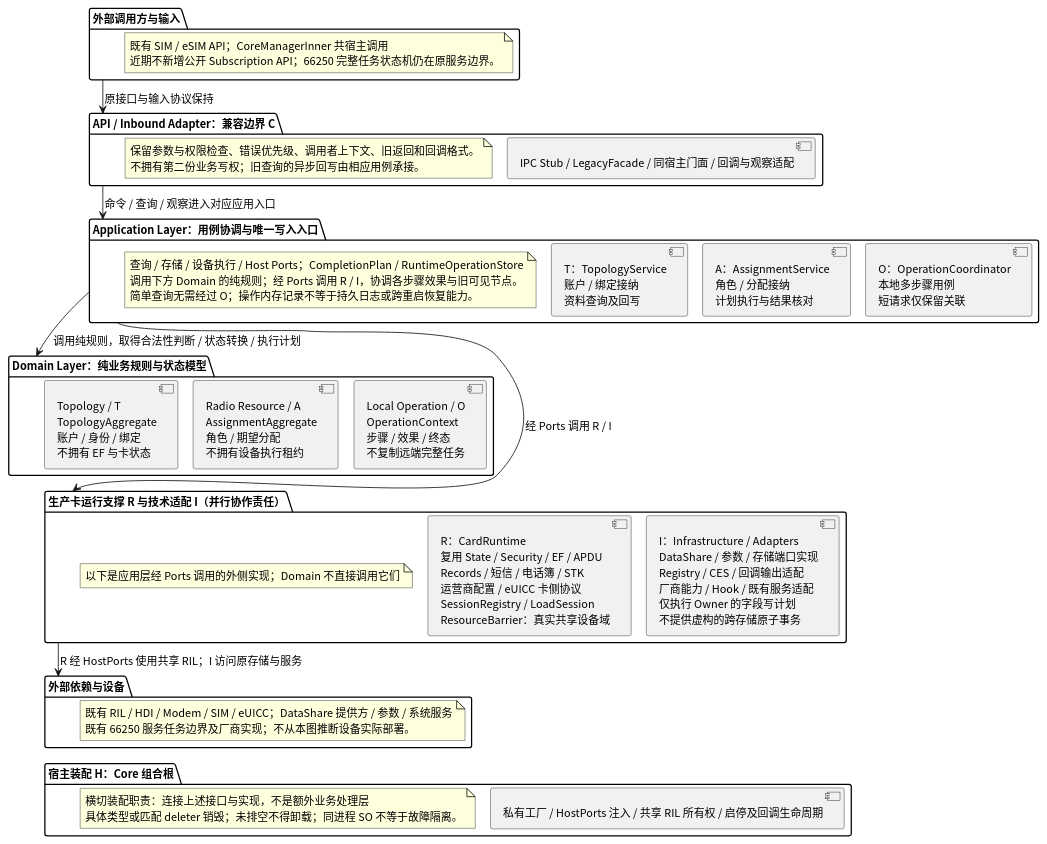
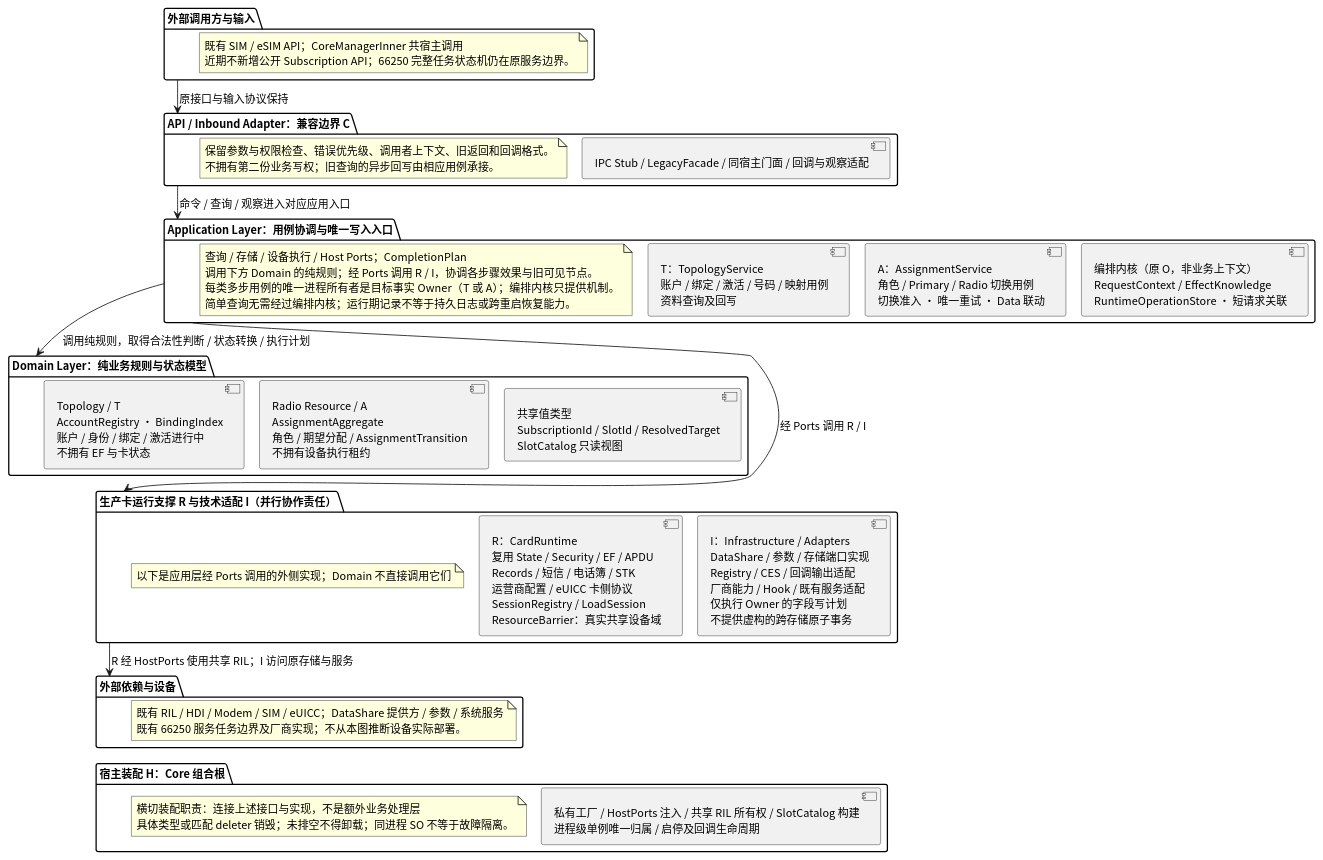
The second of 5 diagrams in telephony_core_service/docs/SIM_Target_Architecture_Design_v1.2.md (zjuluowu/multisim), drawn with PlantUML before and after one commit. The commit also changed other lines of this file, not shown here.

First line of the commit message:
docs(sim): independent architecture review of target design v1.2

````diff
--- a/telephony_core_service/docs/SIM_Target_Architecture_Design_v1.2.md
+++ b/telephony_core_service/docs/SIM_Target_Architecture_Design_v1.2.md
@@ -274,71 +333,72 @@
 ```plantuml
 @startuml SIM_Target_Architecture
 !pragma layout smetana
 skinparam componentStyle uml2
 skinparam shadowing false
 skinparam defaultFontName "Noto Sans CJK SC"
 skinparam defaultFontSize 13
 top to bottom direction
 package "外部调用方与输入" as TargetEntry {
   note as TargetEntryNote
     既有 SIM / eSIM API；CoreManagerInner 共宿主调用
     近期不新增公开 Subscription API；66250 完整任务状态机仍在原服务边界。
   end note
 }
 package "API / Inbound Adapter：兼容边界 C" as Compatibility {
   component "IPC Stub / LegacyFacade / 同宿主门面 / 回调与观察适配" as Inbound
   note as CompatibilityNote
     保留参数与权限检查、错误优先级、调用者上下文、旧返回和回调格式。
     不拥有第二份业务写权；旧查询的异步回写由相应用例承接。
   end note
 }
 package "Application Layer：用例协调与唯一写入入口" as Application {
-  component "T：TopologyService\n账户 / 绑定接纳\n资料查询及回写" as TopologyService
-  component "A：AssignmentService\n角色 / 分配接纳\n计划执行与结果核对" as AssignmentService
-  component "O：OperationCoordinator\n本地多步骤用例\n短请求仅保留关联" as OperationCoordinator
+  component "T：TopologyService\n账户 / 绑定 / 激活 / 号码 / 映射用例\n资料查询及回写" as TopologyService
+  component "A：AssignmentService\n角色 / Primary / Radio 切换用例\n切换准入 · 唯一重试 · Data 联动" as AssignmentService
+  component "编排内核（原 O，非业务上下文）\nRequestContext / EffectKnowledge\nRuntimeOperationStore · 短请求关联" as OperationKernel
   note as ApplicationNote
-    查询 / 存储 / 设备执行 / Host Ports；CompletionPlan / RuntimeOperationStore
+    查询 / 存储 / 设备执行 / Host Ports；CompletionPlan
     调用下方 Domain 的纯规则；经 Ports 调用 R / I，协调各步骤效果与旧可见节点。
-    简单查询无需经过 O；操作内存记录不等于持久日志或跨重启恢复能力。
+    每类多步用例的唯一进程所有者是目标事实 Owner（T 或 A）；编排内核只提供机制。
+    简单查询无需经过编排内核；运行期记录不等于持久日志或跨重启恢复能力。
   end note
   TopologyService -[hidden]right-> AssignmentService
-  AssignmentService -[hidden]right-> OperationCoordinator
+  AssignmentService -[hidden]right-> OperationKernel
 }
 package "Domain Layer：纯业务规则与状态模型" as Domain {
-  component "Topology / T\nTopologyAggregate\n账户 / 身份 / 绑定\n不拥有 EF 与卡状态" as Topology
-  component "Radio Resource / A\nAssignmentAggregate\n角色 / 期望分配\n不拥有设备执行租约" as Assignment
-  component "Local Operation / O\nOperationContext\n步骤 / 效果 / 终态\n不复制远端完整任务" as Operation
+  component "Topology / T\nAccountRegistry · BindingIndex\n账户 / 身份 / 绑定 / 激活进行中\n不拥有 EF 与卡状态" as Topology
+  component "Radio Resource / A\nAssignmentAggregate\n角色 / 期望分配 / AssignmentTransition\n不拥有设备执行租约" as Assignment
+  component "共享值类型\nSubscriptionId / SlotId / ResolvedTarget\nSlotCatalog 只读视图" as SharedKernel
   Topology -[hidden]right-> Assignment
-  Assignment -[hidden]right-> Operation
+  Assignment -[hidden]right-> SharedKernel
 }
 package "生产卡运行支撑 R 与技术适配 I（并行协作责任）" as Support {
   component "R：CardRuntime\n复用 State / Security / EF / APDU\nRecords / 短信 / 电话簿 / STK\n运营商配置 / eUICC 卡侧协议\nSessionRegistry / LoadSession\nResourceBarrier：真实共享设备域" as CardRuntime
   component "I：Infrastructure / Adapters\nDataShare / 参数 / 存储端口实现\nRegistry / CES / 回调输出适配\n厂商能力 / Hook / 既有服务适配\n仅执行 Owner 的字段写计划\n不提供虚构的跨存储原子事务" as Infrastructure
   note as SupportNote
     以下是应用层经 Ports 调用的外侧实现；Domain 不直接调用它们
   end note
   CardRuntime -[hidden]right-> Infrastructure
 }
 package "外部依赖与设备" as TargetExternal {
   note as TargetExternalNote
     既有 RIL / HDI / Modem / SIM / eUICC；DataShare 提供方 / 参数 / 系统服务
     既有 66250 服务任务边界及厂商实现；不从本图推断设备实际部署。
   end note
 }
 package "宿主装配 H：Core 组合根" as Host {
-  component "私有工厂 / HostPorts 注入 / 共享 RIL 所有权 / 启停及回调生命周期" as CompositionRoot
+  component "私有工厂 / HostPorts 注入 / 共享 RIL 所有权 / SlotCatalog 构建\n进程级单例唯一归属 / 启停及回调生命周期" as CompositionRoot
   note as HostNote
     横切装配职责：连接上述接口与实现，不是额外业务处理层
     具体类型或匹配 deleter 销毁；未排空不得卸载；同进程 SO 不等于故障隔离。
   end note
 }
 TargetEntry --> Compatibility : 原接口与输入协议保持
 Compatibility --> Application : 命令 / 查询 / 观察进入对应应用入口
 Application --> Domain : 调用纯规则，取得合法性判断 / 状态转换 / 执行计划
 Application --> Support : 经 Ports 调用 R / I
 Support --> TargetExternal : R 经 HostPorts 使用共享 RIL；I 访问原存储与服务
 ' 隐藏连接仅用于纵向排版；Domain 不调用 Support，Host 是横切装配职责。
 Domain -[hidden]down-> Support
 TargetExternal -[hidden]down-> Host
 @enduml
 ```
````
